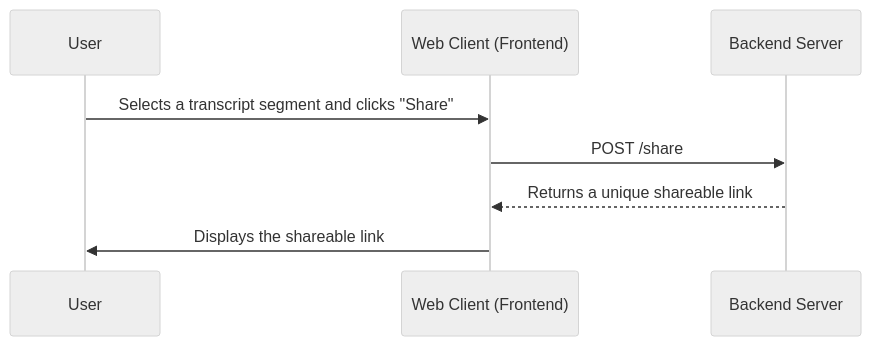
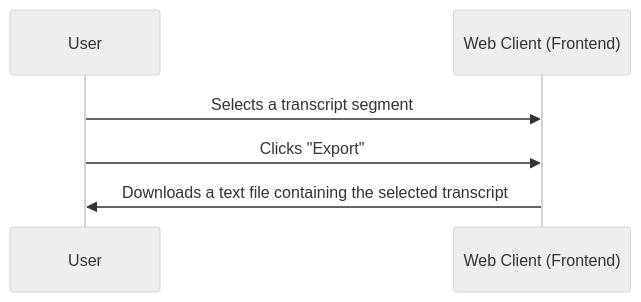
Before and after one commit to QQ5YU/EchoMind: the sixth of 11 diagrams in specs/001-mvp-audio-search/spec.md, drawn with Mermaid (neutral theme). The commit also changed other lines of this file and 6 other files, not shown here.

````diff
--- a/specs/001-mvp-audio-search/spec.md
+++ b/specs/001-mvp-audio-search/spec.md
@@ -188,11 +188,9 @@
 ```mermaid
 sequenceDiagram
     participant User
     participant Client as Web Client (Frontend)
-    participant Backend as Backend Server
 
-    User->>Client: Selects a transcript segment and clicks "Share"
-    Client->>Backend: POST /share
-    Backend-->>Client: Returns a unique shareable link
-    Client->>User: Displays the shareable link
+    User->>Client: Selects a transcript segment
+    User->>Client: Clicks "Export"
+    Client->>User: Downloads a text file containing the selected transcript
 ```
````
